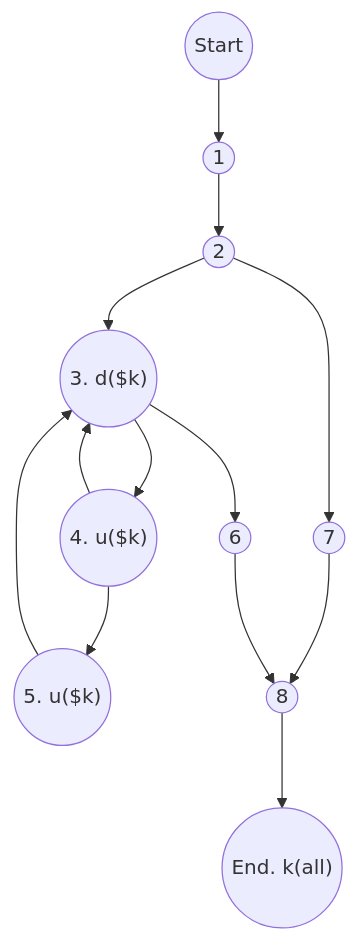
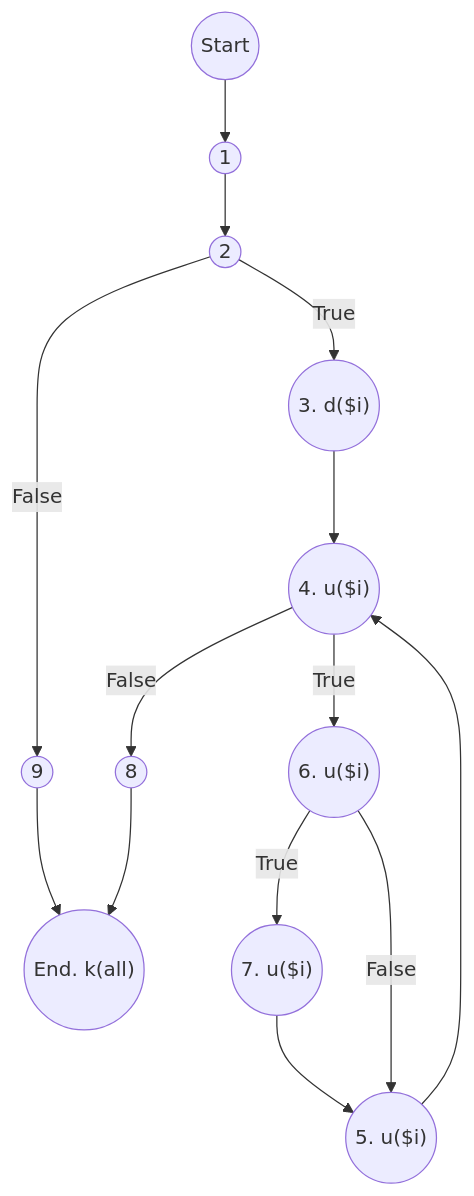
One commit to tienminhvy/ghnotes changed the third of 3 diagrams in _posts/2023-11-29-KTPM.md. Above: the diagram before and after it, drawn with Mermaid. The commit also changed other lines of this file, not shown here.

````diff
--- a/_posts/2023-11-29-KTPM.md
+++ b/_posts/2023-11-29-KTPM.md
@@ -163,20 +162,22 @@
 ```mermaid
 flowchart TD
 p0(("Start"))
 p1(("1"))
 p2(("2"))
-p3(("3. d($k)"))
-p4(("4. u($k)"))
-p5(("5. u($k)"))
-p6(("6"))
-p7(("7"))
+p3(("3. d($i)"))
+p4(("4. u($i)"))
+p5(("5. u($i)"))
+p6(("6. u($i)"))
+p7(("7. u($i)"))
 p8(("8"))
+p9(("9"))
 pe(("End. k(all)"))
-p0-->p1-->p2-->p3-->p4-->p5
-p2-->p7
-p4-->p3
-p5-->p3
-p3-->p6
-p7-->p8-->pe
-p6-->p8
+p0-->p1-->p2--False-->p9-->pe
+p2--True-->p3-->p4
+p4--False-->p8-->pe
+p4--True-->p6
+p6--True-->p7
+p7-->p5
+p6--False-->p5
+p5-->p4
 ```
````
